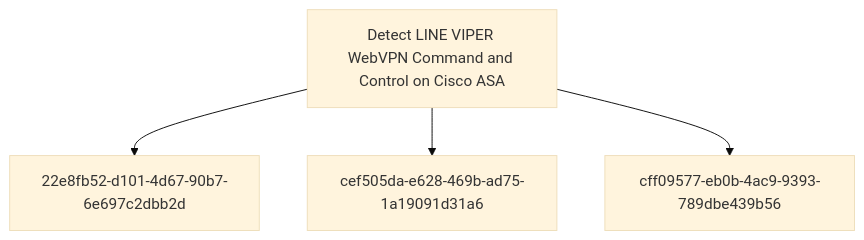
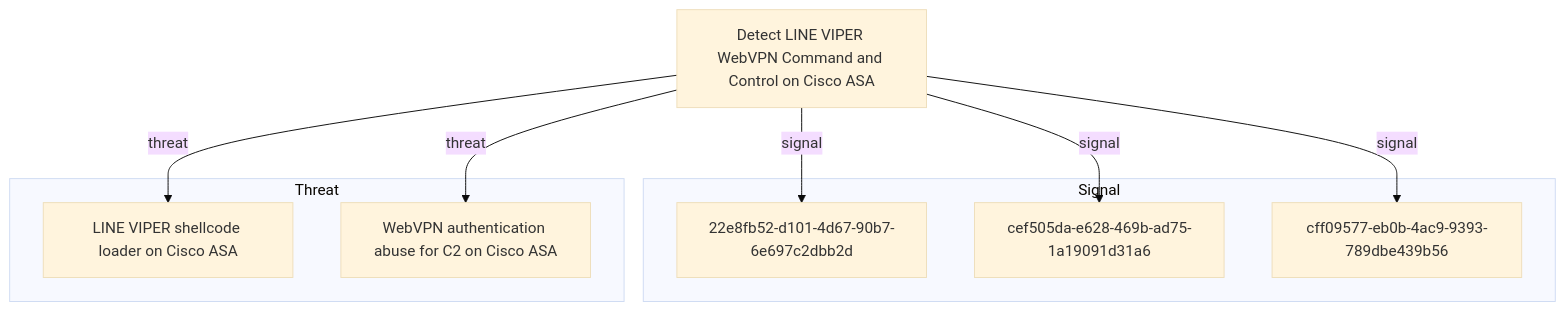
One commit to opentidehq/library changed the diagram in docs/objectives/detect-line-viper-webvpn-command-and-control-on-cisco-asa.md. Above: the diagram before and after it, drawn with Mermaid (base theme). The commit also changed other lines of this file and 277 other files, not shown here.

````diff
--- a/docs/objectives/detect-line-viper-webvpn-command-and-control-on-cisco-asa.md
+++ b/docs/objectives/detect-line-viper-webvpn-command-and-control-on-cisco-asa.md
@@ -127,10 +228,18 @@
 ```mermaid
 flowchart TB
-8546b0d8_c9e1_4a51_bf64_2b93c4159ebf["Detect LINE VIPER WebVPN Command and Control on Cisco ASA"]
+subgraph "Signal"
 22e8fb52_d101_4d67_90b7_6e697c2dbb2d["22e8fb52-d101-4d67-90b7-6e697c2dbb2d"]
 cef505da_e628_469b_ad75_1a19091d31a6["cef505da-e628-469b-ad75-1a19091d31a6"]
 cff09577_eb0b_4ac9_9393_789dbe439b56["cff09577-eb0b-4ac9-9393-789dbe439b56"]
-8546b0d8_c9e1_4a51_bf64_2b93c4159ebf --> 22e8fb52_d101_4d67_90b7_6e697c2dbb2d
-8546b0d8_c9e1_4a51_bf64_2b93c4159ebf --> cef505da_e628_469b_ad75_1a19091d31a6
-8546b0d8_c9e1_4a51_bf64_2b93c4159ebf --> cff09577_eb0b_4ac9_9393_789dbe439b56
+end
+subgraph "Threat"
+b6175f16_2b61_4116_bd97_de54b02b197e["LINE VIPER shellcode loader on Cisco ASA"]
+fcc552fb_b4d1_4b47_b366_104ec4d806ef["WebVPN authentication abuse for C2 on Cisco ASA"]
+end
+8546b0d8_c9e1_4a51_bf64_2b93c4159ebf["Detect LINE VIPER WebVPN Command and Control on Cisco ASA"]
+8546b0d8_c9e1_4a51_bf64_2b93c4159ebf -->|signal| 22e8fb52_d101_4d67_90b7_6e697c2dbb2d
+8546b0d8_c9e1_4a51_bf64_2b93c4159ebf -->|signal| cef505da_e628_469b_ad75_1a19091d31a6
+8546b0d8_c9e1_4a51_bf64_2b93c4159ebf -->|signal| cff09577_eb0b_4ac9_9393_789dbe439b56
+8546b0d8_c9e1_4a51_bf64_2b93c4159ebf -->|threat| b6175f16_2b61_4116_bd97_de54b02b197e
+8546b0d8_c9e1_4a51_bf64_2b93c4159ebf -->|threat| fcc552fb_b4d1_4b47_b366_104ec4d806ef
 ```
````
